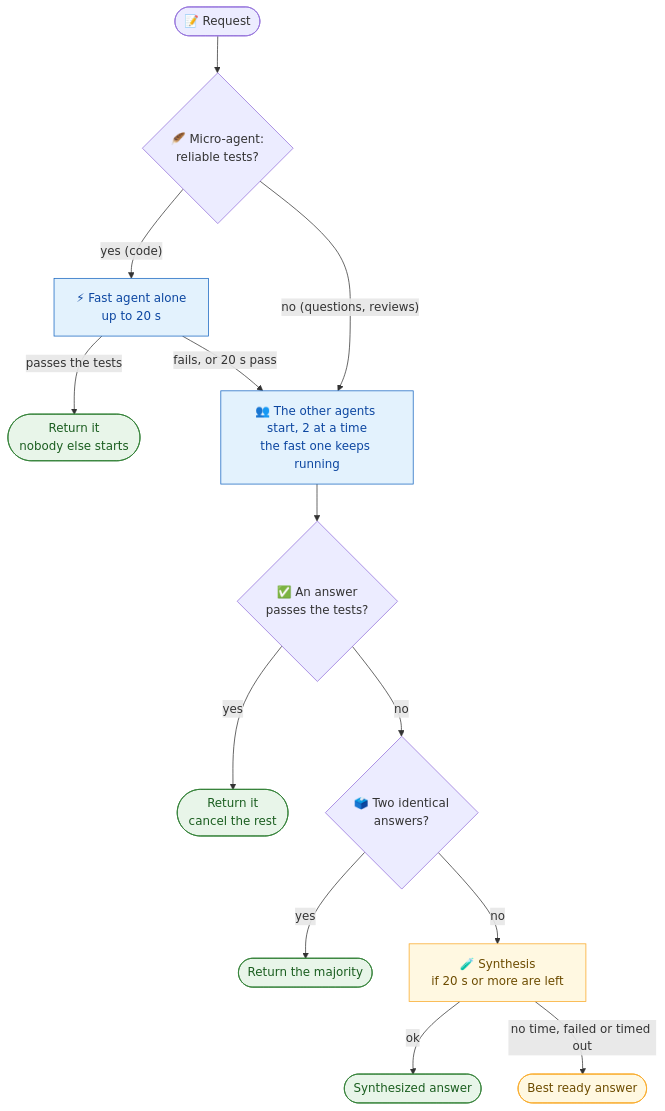
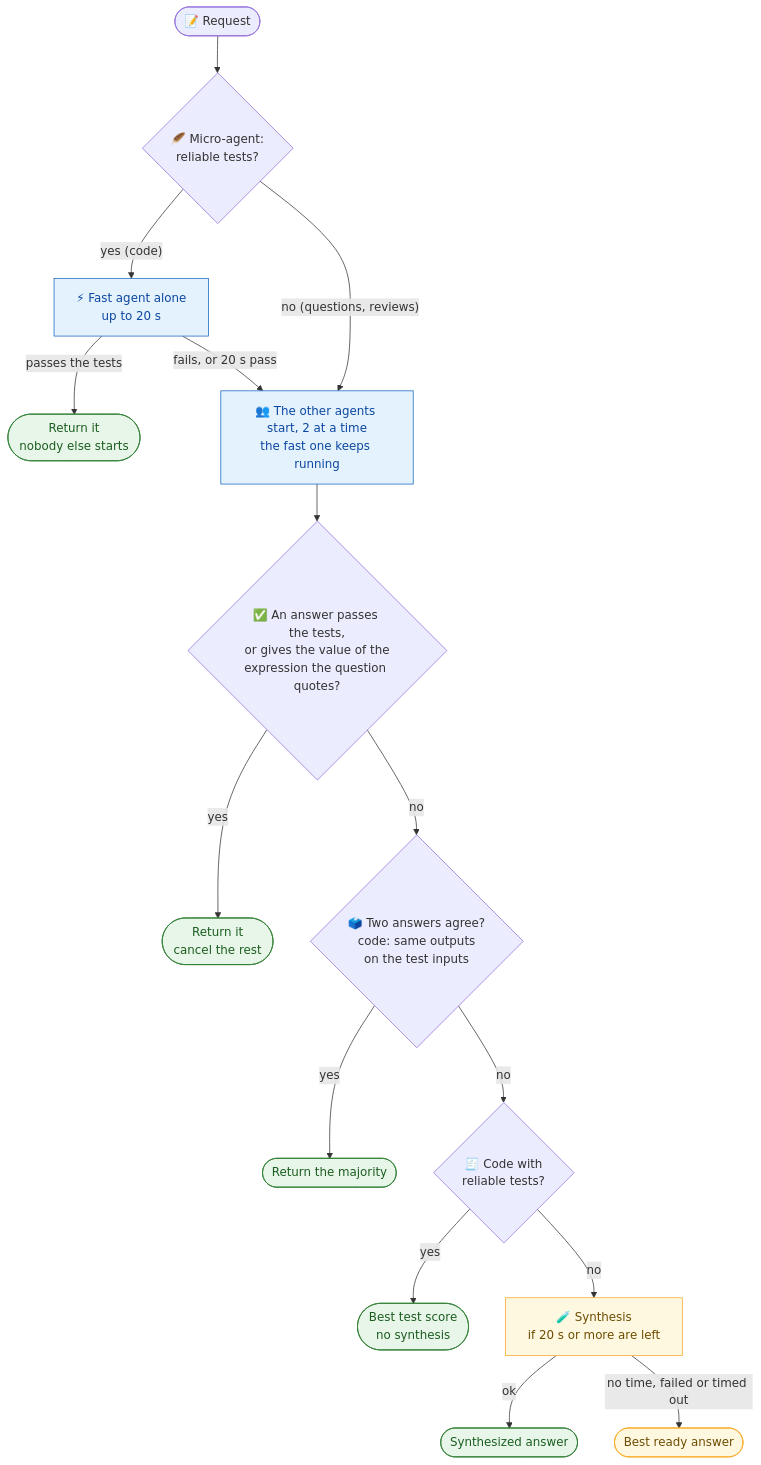
One commit to dheiver2/tessera changed the diagram in README.md. Above: the diagram before and after it, drawn with Mermaid. The commit also changed other lines of this file and 11 other files, not shown here.

````diff
--- a/README.md
+++ b/README.md
@@ -107,22 +108,24 @@
 ```mermaid
 flowchart TD
     P([📝 Request]) --> T{"🪶 Micro-agent:<br/>reliable tests?"}
     T -- "yes (code)" --> F["⚡ Fast agent alone<br/>up to 20 s"]
     F -- "passes the tests" --> R1([Return it<br/>nobody else starts])
     F -- "fails, or 20 s pass" --> O
     T -- "no (questions, reviews)" --> O["👥 The other agents start, 2 at a time<br/>the fast one keeps running"]
-    O --> V{"✅ An answer<br/>passes the tests?"}
+    O --> V{"✅ An answer passes the tests,<br/>or gives the value of the<br/>expression the question quotes?"}
     V -- yes --> R2([Return it<br/>cancel the rest])
-    V -- no --> M{"🗳️ Two identical<br/>answers?"}
+    V -- no --> M{"🗳️ Two answers agree?<br/>code: same outputs<br/>on the test inputs"}
     M -- yes --> R3([Return the majority])
-    M -- no --> S["🧪 Synthesis<br/>if 20 s or more are left"]
+    M -- no --> C{"🧾 Code with<br/>reliable tests?"}
+    C -- yes --> R6([Best test score<br/>no synthesis])
+    C -- no --> S["🧪 Synthesis<br/>if 20 s or more are left"]
     S -- ok --> R4([Synthesized answer])
     S -- "no time, failed or timed out" --> R5([Best ready answer])
 
     classDef ok fill:#e8f5e9,stroke:#2e7d32,color:#1b5e20
     classDef warn fill:#fff8e1,stroke:#f9a825,color:#6d4c00
     classDef agent fill:#e3f2fd,stroke:#1565c0,color:#0d47a1
-    class R1,R2,R3,R4 ok
+    class R1,R2,R3,R4,R6 ok
     class S,R5 warn
     class F,O agent
 ```
````
